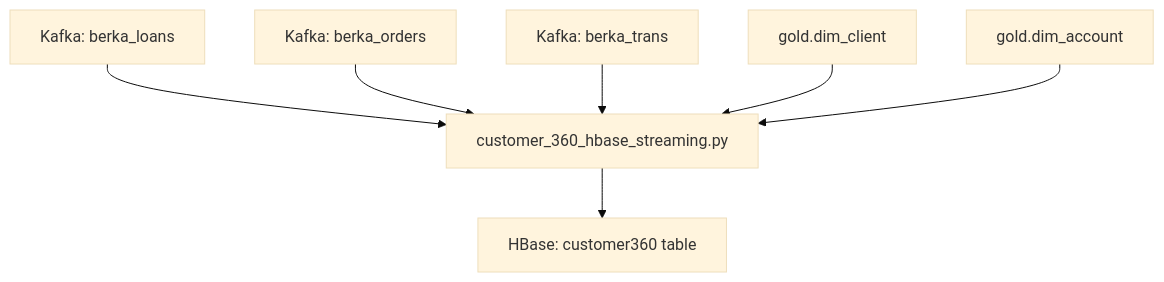
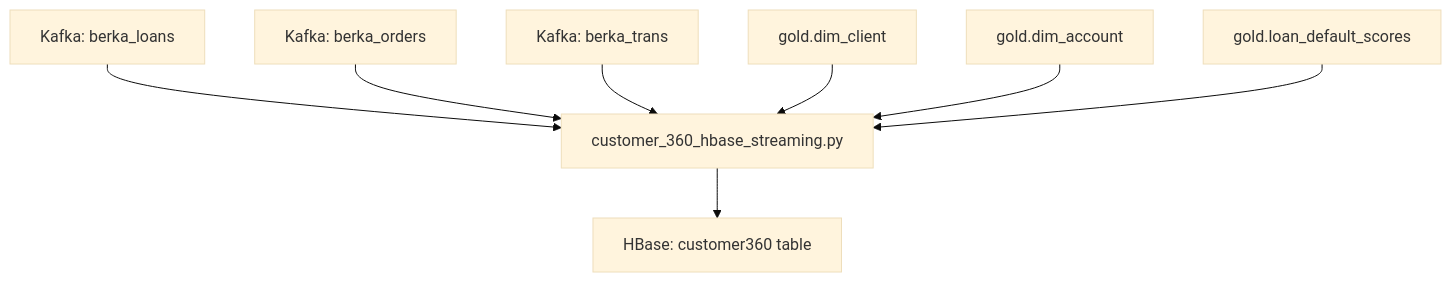
One commit to myloginid/Berka-Banking-Demo changed the fifth of 6 diagrams in readme.md. Above: the diagram before and after it, drawn with Mermaid (base theme). The commit also changed 1 other file, not shown here.

Commit message:
Enrich Customer360 with loan default scores

````diff
--- a/readme.md
+++ b/readme.md
@@ -519,26 +519,28 @@
 ```mermaid
 flowchart TD
     %% Inputs
     KAFKA_LOAN["Kafka: berka_loans"]
     KAFKA_ORDER["Kafka: berka_orders"]
     KAFKA_TRANS["Kafka: berka_trans"]
 
     DIM_CLIENT_G["gold.dim_client"]
     DIM_ACCOUNT_G["gold.dim_account"]
+    LOAN_SCORES_G["gold.loan_default_scores"]
 
     %% Streaming job
     C360_STREAM["customer_360_hbase_streaming.py"]
 
     %% Target
     HBASE_C360["HBase: customer360 table"]
 
     %% Edges
     KAFKA_LOAN --> C360_STREAM
     KAFKA_ORDER --> C360_STREAM
     KAFKA_TRANS --> C360_STREAM
 
     DIM_CLIENT_G --> C360_STREAM
     DIM_ACCOUNT_G --> C360_STREAM
+    LOAN_SCORES_G --> C360_STREAM
 
     C360_STREAM --> HBASE_C360
 ```
````
